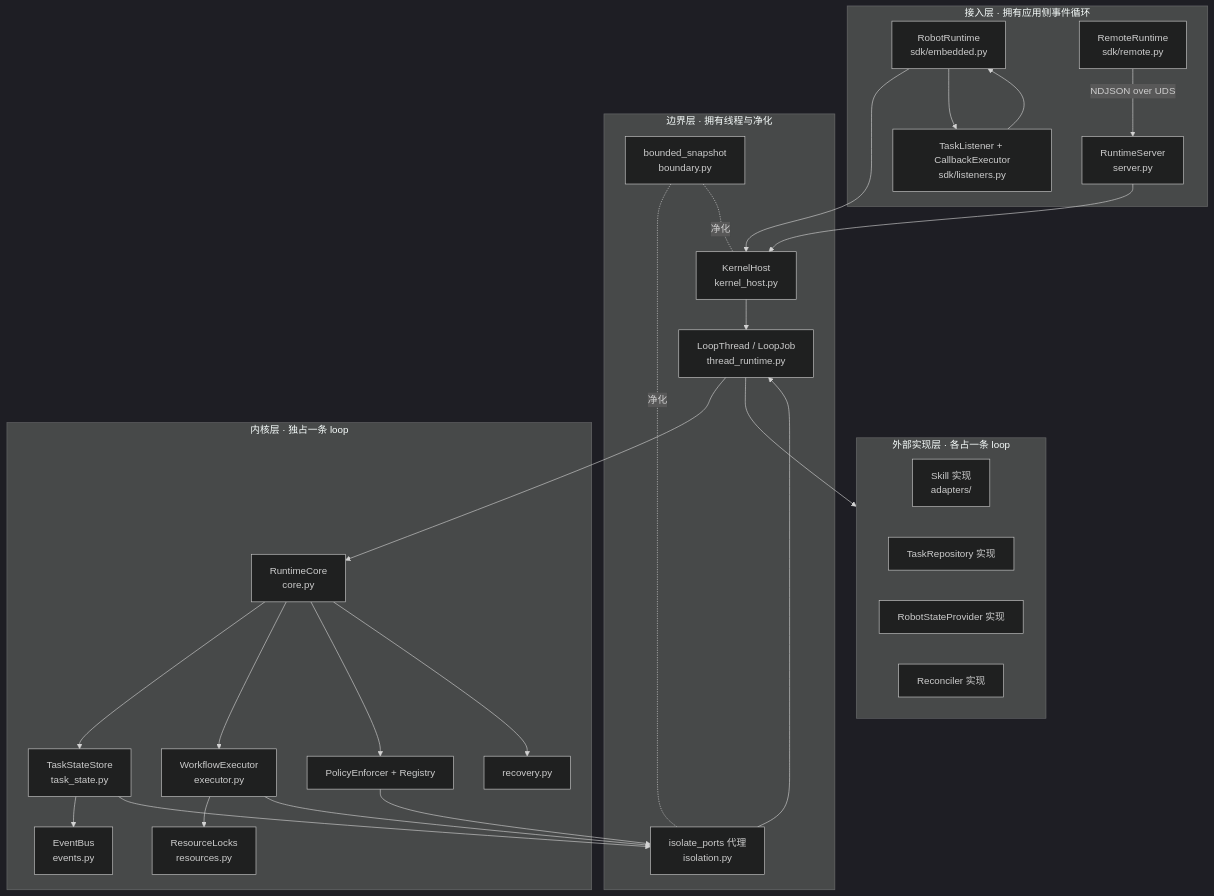
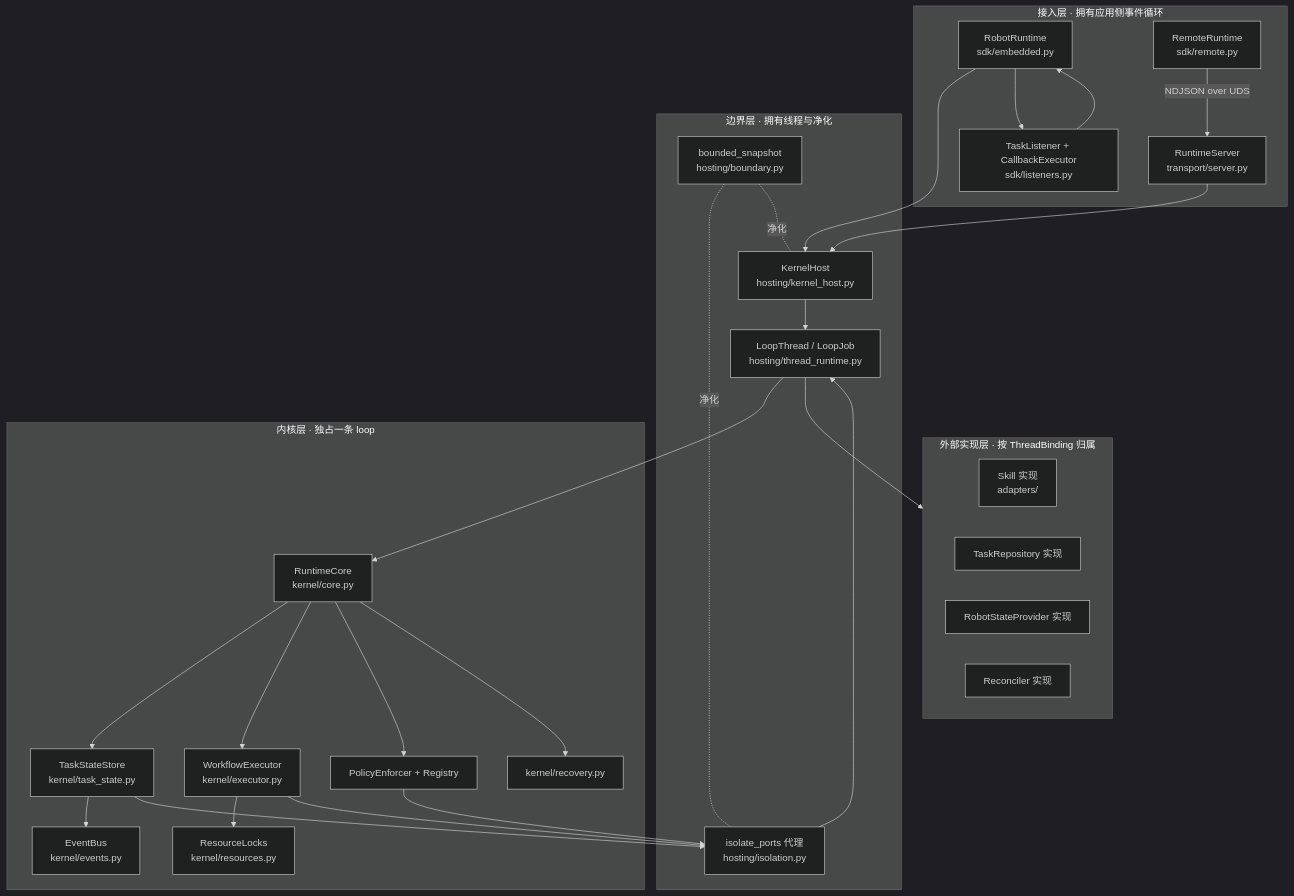
The first of 5 diagrams in docs/architecture-and-flows.md (zhaaimin/robot_core), drawn with Mermaid (dark theme) before and after one commit. The commit also changed other lines of this file and 60 other files, not shown here.

````diff
--- a/docs/architecture-and-flows.md
+++ b/docs/architecture-and-flows.md
@@ -46,47 +49,47 @@
 ```mermaid
 flowchart TB
   subgraph A[接入层 · 拥有应用侧事件循环]
     SDK[RobotRuntime<br/>sdk/embedded.py]
-    SRV[RuntimeServer<br/>server.py]
+    SRV[RuntimeServer<br/>transport/server.py]
     RR[RemoteRuntime<br/>sdk/remote.py]
     LIS[TaskListener + CallbackExecutor<br/>sdk/listeners.py]
   end
   subgraph B[边界层 · 拥有线程与净化]
-    KH[KernelHost<br/>kernel_host.py]
-    ISO[isolate_ports 代理<br/>isolation.py]
-    BND[bounded_snapshot<br/>boundary.py]
-    LT[LoopThread / LoopJob<br/>thread_runtime.py]
+    KH[KernelHost<br/>hosting/kernel_host.py]
+    ISO[isolate_ports 代理<br/>hosting/isolation.py]
+    BND[bounded_snapshot<br/>hosting/boundary.py]
+    LT[LoopThread / LoopJob<br/>hosting/thread_runtime.py]
   end
   subgraph C[内核层 · 独占一条 loop]
-    CORE[RuntimeCore<br/>core.py]
-    ST[TaskStateStore<br/>task_state.py]
-    EX[WorkflowExecutor<br/>executor.py]
-    RES[ResourceLocks<br/>resources.py]
-    EB[EventBus<br/>events.py]
+    CORE[RuntimeCore<br/>kernel/core.py]
+    ST[TaskStateStore<br/>kernel/task_state.py]
+    EX[WorkflowExecutor<br/>kernel/executor.py]
+    RES[ResourceLocks<br/>kernel/resources.py]
+    EB[EventBus<br/>kernel/events.py]
     POL[PolicyEnforcer + Registry]
-    REC[recovery.py]
+    REC[kernel/recovery.py]
   end
-  subgraph D[外部实现层 · 各占一条 loop]
+  subgraph D[外部实现层 · 按 ThreadBinding 归属]
     SK[Skill 实现<br/>adapters/]
     REPO[TaskRepository 实现]
     PROV[RobotStateProvider 实现]
     RECON[Reconciler 实现]
   end
   RR -->|NDJSON over UDS| SRV
   SDK --> KH
   SRV --> KH
   KH --> LT --> CORE
   CORE --> ST --> EB
   CORE --> EX --> RES
   CORE --> POL
   CORE --> REC
   ST --> ISO
   EX --> ISO
   POL --> ISO
   ISO --> LT
   LT --> D
   BND -.净化.- ISO
   BND -.净化.- KH
   SDK --> LIS
   LIS --> SDK
 ```
````
